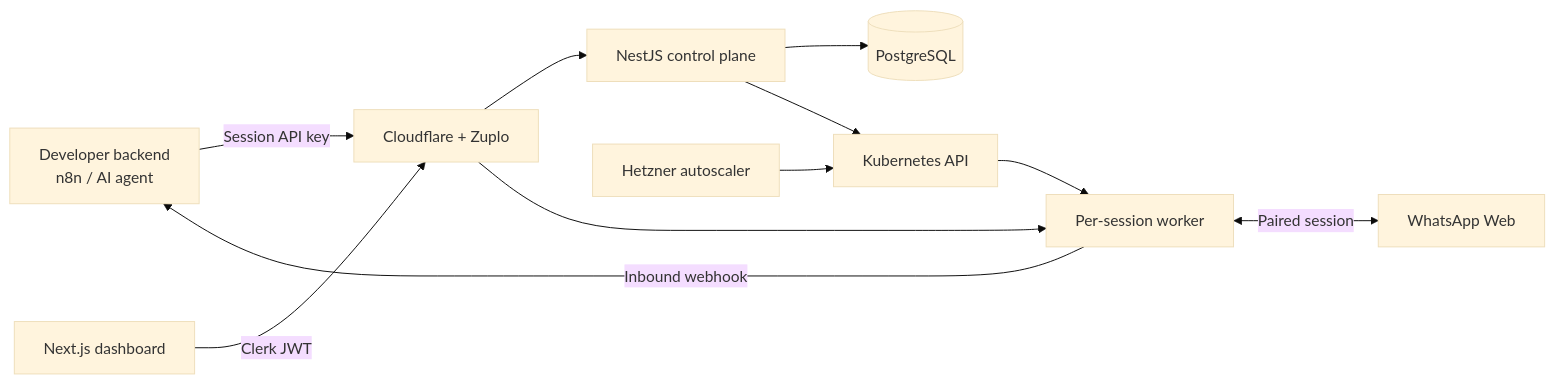
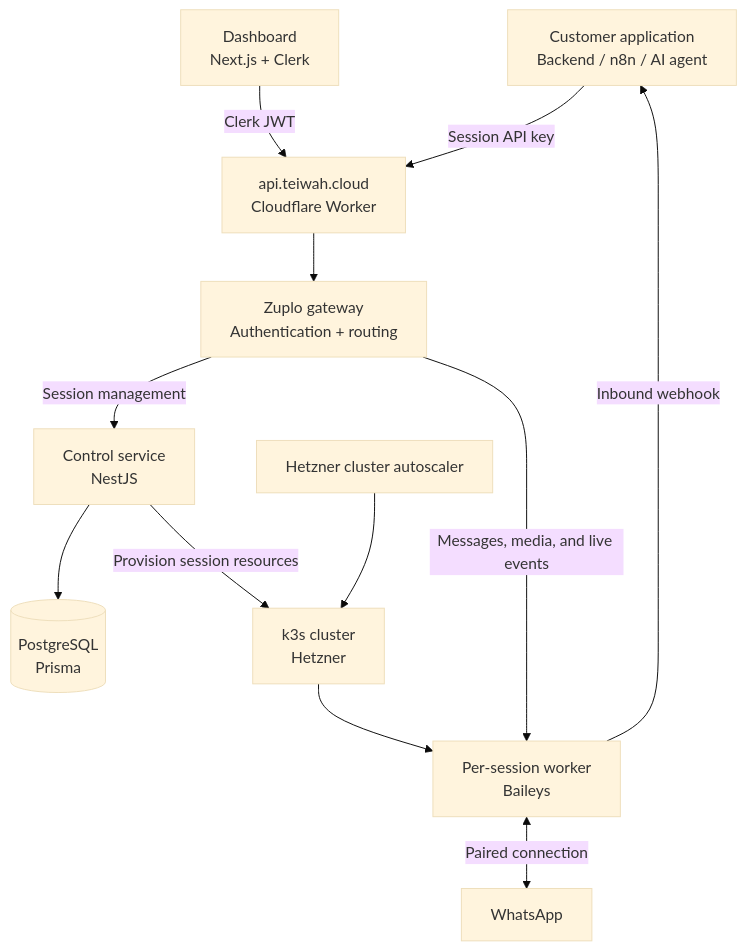
One commit to roman-sh/teiwah changed the diagram in README.md. Above: the diagram before and after it, drawn with Mermaid (base theme). The commit also changed other lines of this file, not shown here.

First line of the commit message:
docs: expand Teiwah system architecture

````diff
--- a/README.md
+++ b/README.md
@@ -11,13 +47,25 @@
 ```mermaid
-flowchart LR
-    Client[Developer backend<br/>n8n / AI agent] -->|Session API key| Edge[Cloudflare + Zuplo]
-    Dashboard[Next.js dashboard] -->|Clerk JWT| Edge
-    Edge --> Control[NestJS control plane]
-    Edge --> Worker[Per-session worker]
-    Control --> DB[(PostgreSQL)]
-    Control --> K8s[Kubernetes API]
-    K8s --> Worker
-    Worker <-->|Paired session| WhatsApp[WhatsApp Web]
-    Worker -->|Inbound webhook| Client
-    Autoscaler[Hetzner autoscaler] --> K8s
+flowchart TD
+    customer["Customer application<br/>Backend / n8n / AI agent"]
+    dashboard["Dashboard<br/>Next.js + Clerk"]
+    edge["api.teiwah.cloud<br/>Cloudflare Worker"]
+    gateway["Zuplo gateway<br/>Authentication + routing"]
+    control["Control service<br/>NestJS"]
+    database[("PostgreSQL<br/>Prisma")]
+    cluster["k3s cluster<br/>Hetzner"]
+    worker["Per-session worker<br/>Baileys"]
+    whatsapp["WhatsApp"]
+    autoscaler["Hetzner cluster autoscaler"]
+
+    dashboard -->|Clerk JWT| edge
+    customer -->|Session API key| edge
+    edge --> gateway
+    gateway -->|Session management| control
+    gateway -->|Messages, media, and live events| worker
+    control --> database
+    control -->|Provision session resources| cluster
+    cluster --> worker
+    autoscaler --> cluster
+    worker <-->|Paired connection| whatsapp
+    worker -->|Inbound webhook| customer
 ```
````
